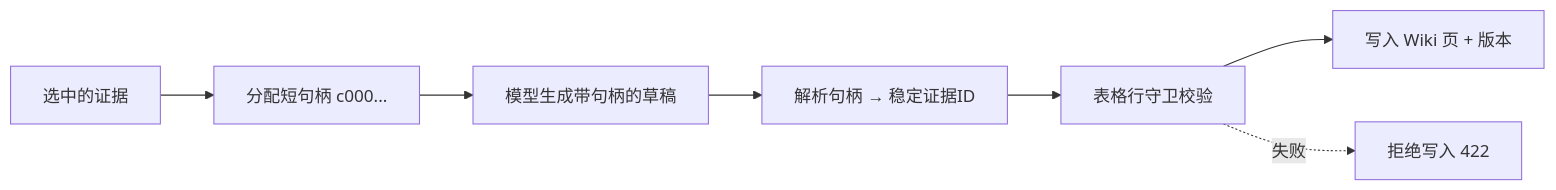
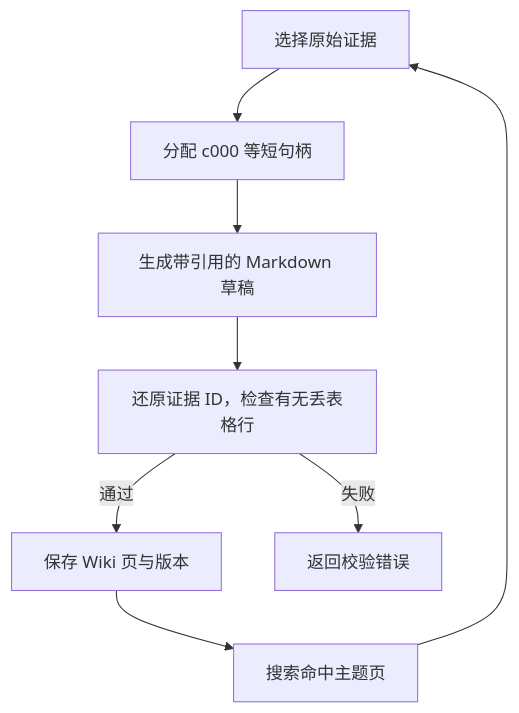
Before and after one commit to wenmo-yu/careerlens: the diagram in tutorials/05-Wiki知识组织.md, drawn with Mermaid. The commit also changed other lines of this file and 24 other files, not shown here.

Commit message:
docs: rebuild the beginner-to-source course and render Mermaid on navigation (#38)

````diff
--- a/tutorials/05-Wiki知识组织.md
+++ b/tutorials/05-Wiki知识组织.md
@@ -25,9 +19,11 @@
 ```mermaid
-flowchart LR
-    E[选中的证据] --> H[分配短句柄 c000...]
-    H --> G[模型生成带句柄的草稿]
-    G --> R[解析句柄 → 稳定证据ID]
-    R --> T[表格行守卫校验]
-    T --> W[写入 Wiki 页 + 版本]
-    T -.失败.-> X[拒绝写入 422]
+flowchart TD
+    accTitle: 用选定证据生成并查回一页 Wiki
+    E["选择原始证据"] --> H["分配 c000 等短句柄"]
+    H --> G["生成带引用的 Markdown 草稿"]
+    G --> R["还原证据 ID，检查有无丢表格行"]
+    R -->|通过| W["保存 Wiki 页与版本"]
+    R -->|失败| X["返回校验错误"]
+    W --> F["搜索命中主题页"]
+    F --> E
 ```
````
